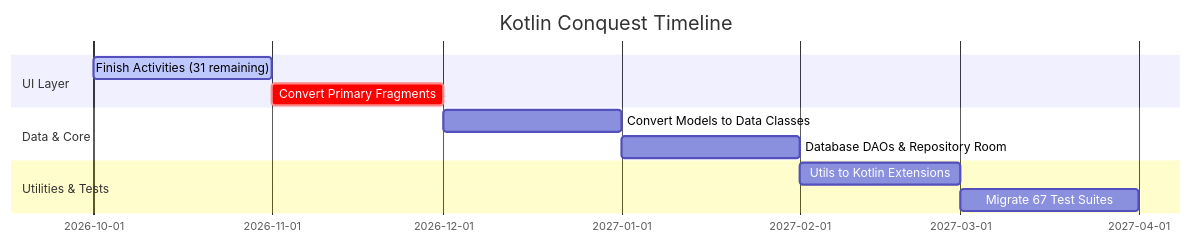
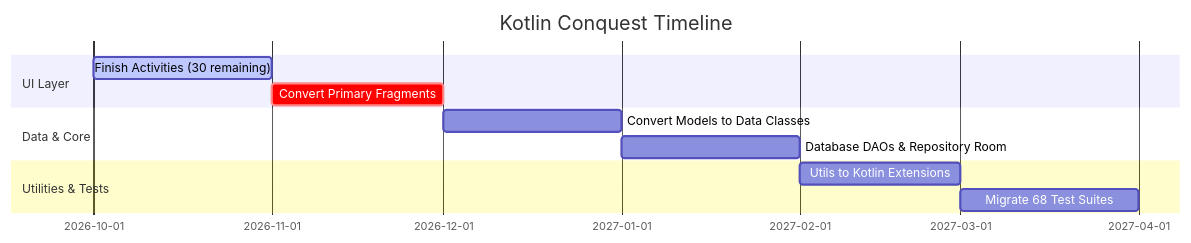
One commit to solomonrajan/cashledger changed the third of 3 diagrams in KOTLIN_MIGRATION_REPORT.md. Above: the diagram before and after it, drawn with Mermaid. The commit also changed other lines of this file, not shown here.

````diff
--- a/KOTLIN_MIGRATION_REPORT.md
+++ b/KOTLIN_MIGRATION_REPORT.md
@@ -267,14 +270,14 @@
 ```mermaid
 gantt
     title Kotlin Conquest Timeline
     dateFormat  YYYY-MM
     section UI Layer
-    Finish Activities (31 remaining) :active, act1, 2026-10, 2026-11
+    Finish Activities (30 remaining) :active, act1, 2026-10, 2026-11
     Convert Primary Fragments        :crit, act2, 2026-11, 2026-12
     section Data & Core
     Convert Models to Data Classes   :act3, 2026-12, 2027-01
     Database DAOs & Repository Room  :act4, 2027-01, 2027-02
     section Utilities & Tests
     Utils to Kotlin Extensions       :act5, 2027-02, 2027-03
-    Migrate 67 Test Suites           :act6, 2027-03, 2027-04
+    Migrate 68 Test Suites           :act6, 2027-03, 2027-04
 ```
````
